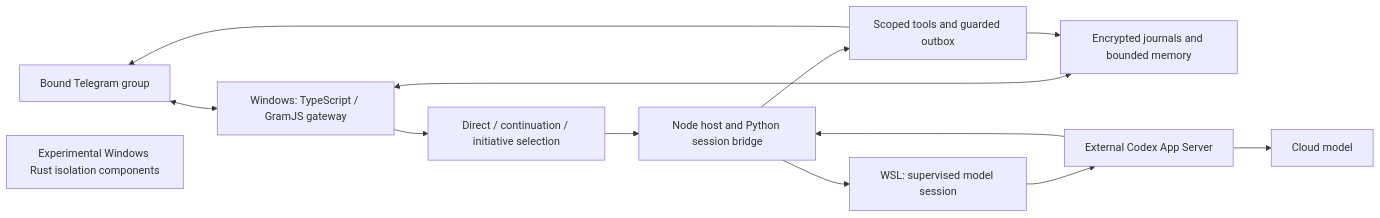
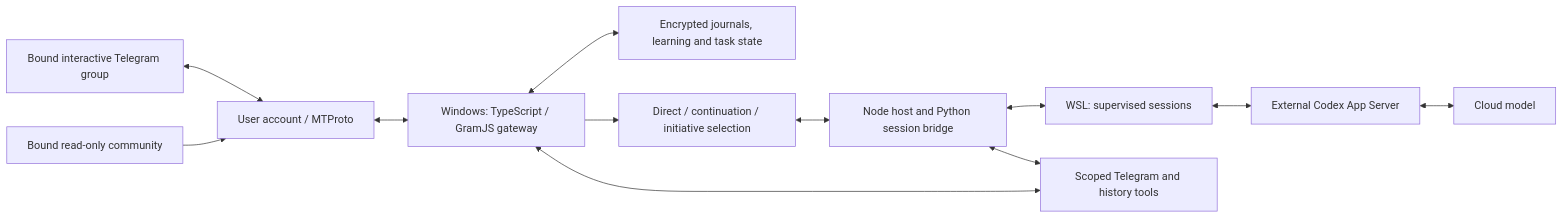
The diagram in docs/architecture.md (SlopSurfer4444/Neurobro), drawn with Mermaid before and after one commit. The commit also changed other lines of this file and 216 other files, not shown here.

Commit message:
Expand account-based assistant runtime and document isolation architecture

````diff
--- a/docs/architecture.md
+++ b/docs/architecture.md
@@ -3,15 +3,14 @@
 ```mermaid
 flowchart LR
-  TG[Bound Telegram group] <--> GW[Windows: TypeScript / GramJS gateway]
-  GW <--> STATE[Encrypted journals and bounded memory]
+  TG[Bound interactive Telegram group] <--> ACCOUNT[User account / MTProto]
+  SOURCE[Bound read-only community] --> ACCOUNT
+  ACCOUNT <--> GW[Windows: TypeScript / GramJS gateway]
+  GW <--> STATE[Encrypted journals, learning and task state]
   GW --> SELECT[Direct / continuation / initiative selection]
-  SELECT --> BRIDGE[Node host and Python session bridge]
-  BRIDGE --> WSL[WSL: supervised model session]
-  WSL --> CODEX[External Codex App Server]
-  CODEX --> CLOUD[Cloud model]
-  CODEX --> BRIDGE
-  BRIDGE --> OUT[Scoped tools and guarded outbox]
-  OUT --> TG
-  OUT --> STATE
-  RUST[Experimental Windows Rust isolation components]
+  SELECT <--> BRIDGE[Node host and Python session bridge]
+  BRIDGE <--> WSL[WSL: supervised sessions]
+  WSL <--> CODEX[External Codex App Server]
+  CODEX <--> CLOUD[Cloud model]
+  BRIDGE <--> TOOLS[Scoped Telegram and history tools]
+  TOOLS <--> GW
 ```
````
